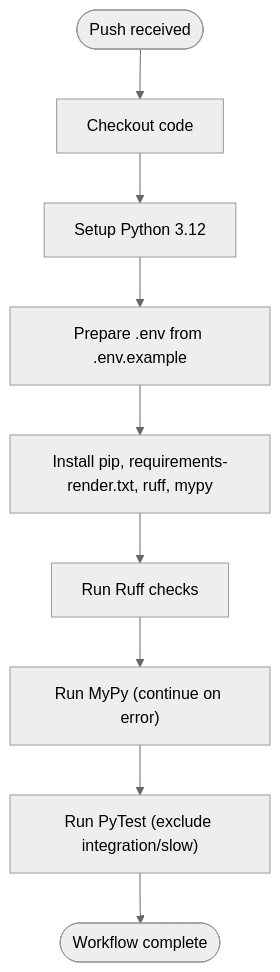
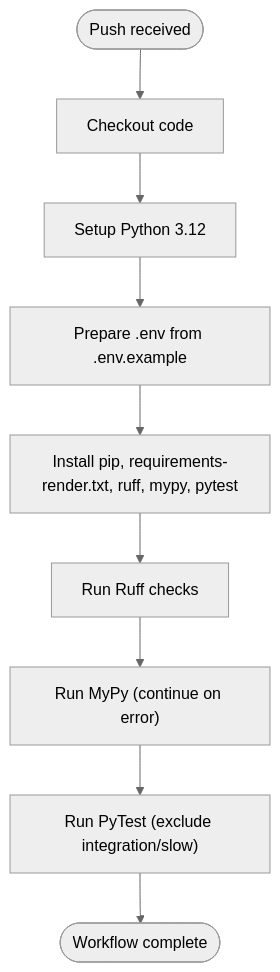
The third of 9 diagrams in .qoder/repowiki/en/content/Deployment & Operations/CI_CD Pipeline.md (rohitkumarnaidu/-Auto-AI-Automated-Academic-Docx-Manuscript-Formatter), drawn with Mermaid (neutral theme) before and after one commit. The commit also changed other lines of this file and 6 other files, not shown here.

````diff
--- a/.qoder/repowiki/en/content/Deployment & Operations/CI_CD Pipeline.md
+++ b/.qoder/repowiki/en/content/Deployment & Operations/CI_CD Pipeline.md
@@ -180,11 +221,11 @@
 ```mermaid
 flowchart TD
 Start(["Push received"]) --> Checkout["Checkout code"]
 Checkout --> SetupPy["Setup Python 3.12"]
 SetupPy --> PrepEnv["Prepare .env from .env.example"]
-PrepEnv --> InstallDeps["Install pip, requirements-render.txt, ruff, mypy"]
+PrepEnv --> InstallDeps["Install pip, requirements-render.txt, ruff, mypy, pytest"]
 InstallDeps --> Ruff["Run Ruff checks"]
 Ruff --> Mypy["Run MyPy (continue on error)"]
 Mypy --> Pytest["Run PyTest (exclude integration/slow)"]
 Pytest --> End(["Workflow complete"])
 ```
````
